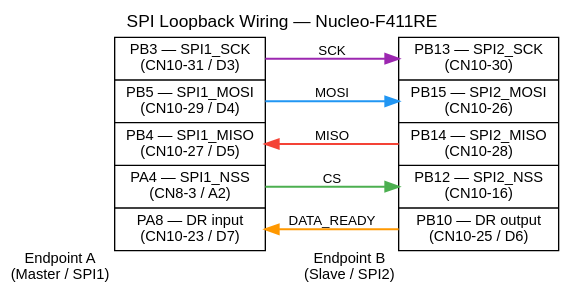
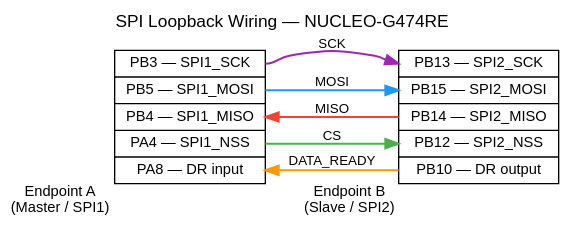
One commit to chibilogic/ioHdlc changed the diagram in doc/resources/wiring_spi.dot. Above: the diagram before and after it, drawn with Graphviz. The commit also changed 13 other files, not shown here.

```diff
--- a/doc/resources/wiring_spi.dot
+++ b/doc/resources/wiring_spi.dot
@@ -1,23 +1,23 @@
 digraph spi_loopback {
   rankdir=LR;
   bgcolor="transparent";
   node [shape=record, fontname="Helvetica", fontsize=11];
   edge [fontname="Helvetica", fontsize=10, penwidth=1.5];
 
-  label="SPI Loopback Wiring — Nucleo-F411RE";
+  label="SPI Loopback Wiring — NUCLEO-G474RE";
   labelloc=t;
   fontname="Helvetica";
   fontsize=13;
 
-  spi1 [label="<sck> PB3  — SPI1_SCK\n(CN10-31 / D3) | <mosi> PB5  — SPI1_MOSI\n(CN10-29 / D4) | <miso> PB4  — SPI1_MISO\n(CN10-27 / D5) | <cs> PA4  — SPI1_NSS\n(CN8-3 / A2) | <dr> PA8  — DR input\n(CN10-23 / D7)"
+  spi1 [label="<sck> PB3  — SPI1_SCK | <mosi> PB5  — SPI1_MOSI | <miso> PB4  — SPI1_MISO | <cs> PA4  — SPI1_NSS | <dr> PA8  — DR input"
         xlabel="Endpoint A\n(Master / SPI1)"];
 
-  spi2 [label="<sck> PB13 — SPI2_SCK\n(CN10-30) | <mosi> PB15 — SPI2_MOSI\n(CN10-26) | <miso> PB14 — SPI2_MISO\n(CN10-28) | <cs> PB12 — SPI2_NSS\n(CN10-16) | <dr> PB10 — DR output\n(CN10-25 / D6)"
+  spi2 [label="<sck> PB13 — SPI2_SCK | <mosi> PB15 — SPI2_MOSI | <miso> PB14 — SPI2_MISO | <cs> PB12 — SPI2_NSS | <dr> PB10 — DR output"
         xlabel="Endpoint B\n(Slave / SPI2)"];
 
   spi1:sck  -> spi2:sck  [color="#9C27B0", label="SCK"];
   spi1:mosi -> spi2:mosi [color="#2196F3", label="MOSI"];
   spi2:miso -> spi1:miso [color="#F44336", label="MISO"];
   spi1:cs   -> spi2:cs   [color="#4CAF50", label="CS"];
   spi2:dr   -> spi1:dr   [color="#FF9800", label="DATA_READY", style=bold];
 }
```
